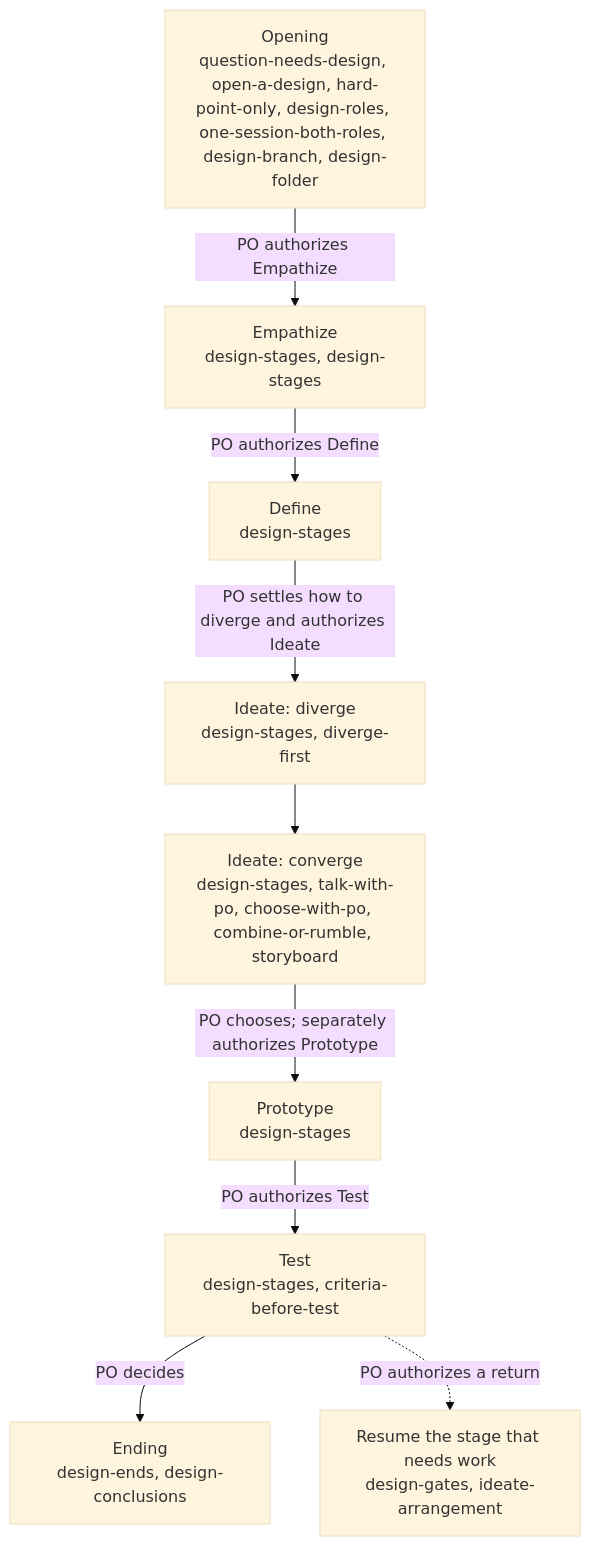
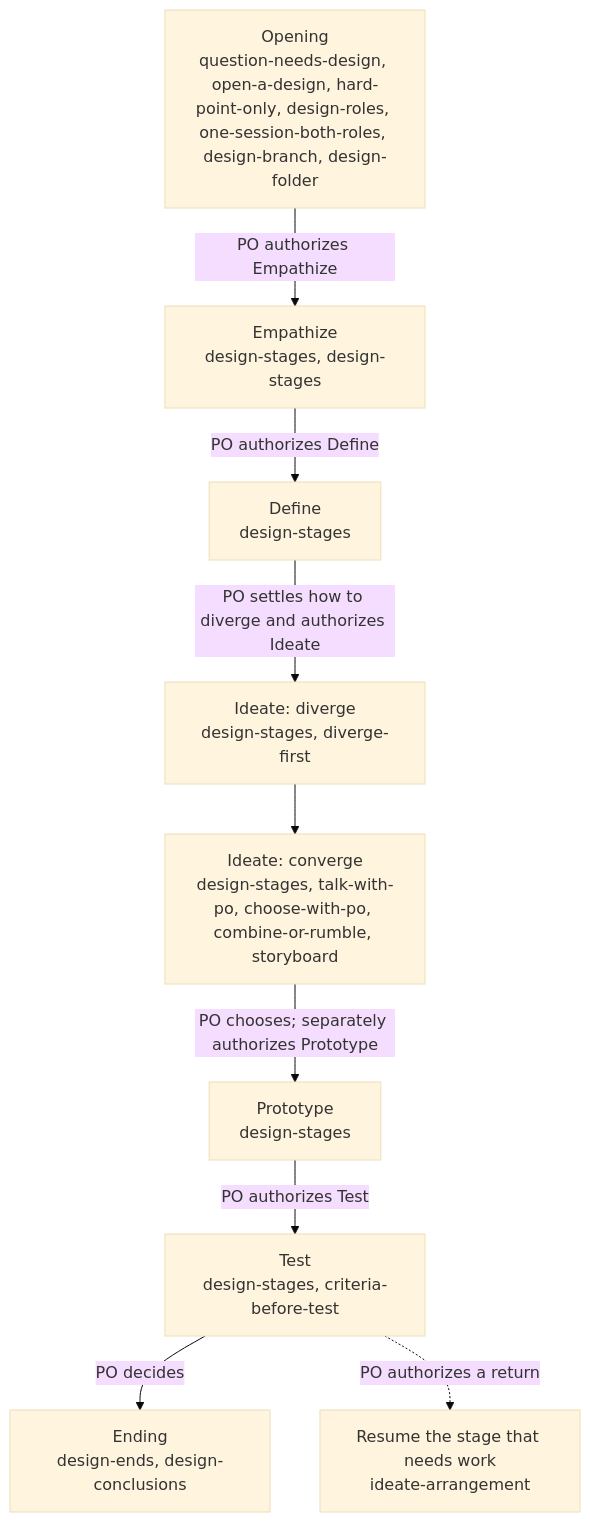
One commit to seapawn1/IDEO-Scrum changed the fourth of 6 diagrams in scrum/sprint-26-plugin-memory/memory-draft/long/flow-maps.md. Above: the diagram before and after it, drawn with Mermaid (base theme). The commit also changed other lines of this file and 31 other files, not shown here.

First line of the commit message:
Sprint 26 行 6：按 Master 先看草稿的三点意见改——ask-the-po、who-gets-which-work、board-writer 标待 27；stage-gates、sprint-stage-decisions、design-gates、po-decisions 合并（清单 105→102 行）；超 150 字符的 29 行全部收短（硬线改 150）

````diff
--- a/scrum/sprint-26-plugin-memory/memory-draft/long/flow-maps.md
+++ b/scrum/sprint-26-plugin-memory/memory-draft/long/flow-maps.md
@@ -69,11 +69,11 @@
 ```mermaid
 flowchart TD
     A["Opening<br/>question-needs-design, open-a-design, hard-point-only, design-roles, one-session-both-roles, design-branch, design-folder"] -- "PO authorizes Empathize" --> B["Empathize<br/>design-stages, design-stages"]
     B -- "PO authorizes Define" --> C["Define<br/>design-stages"]
     C -- "PO settles how to diverge and authorizes Ideate" --> D["Ideate: diverge<br/>design-stages, diverge-first"]
     D --> E["Ideate: converge<br/>design-stages, talk-with-po, choose-with-po, combine-or-rumble, storyboard"]
     E -- "PO chooses; separately authorizes Prototype" --> F["Prototype<br/>design-stages"]
     F -- "PO authorizes Test" --> G["Test<br/>design-stages, criteria-before-test"]
     G -- "PO decides" --> H["Ending<br/>design-ends, design-conclusions"]
-    G -. "PO authorizes a return" .-> R["Resume the stage that needs work<br/>design-gates, ideate-arrangement"]
+    G -. "PO authorizes a return" .-> R["Resume the stage that needs work<br/>ideate-arrangement"]
 ```
````
